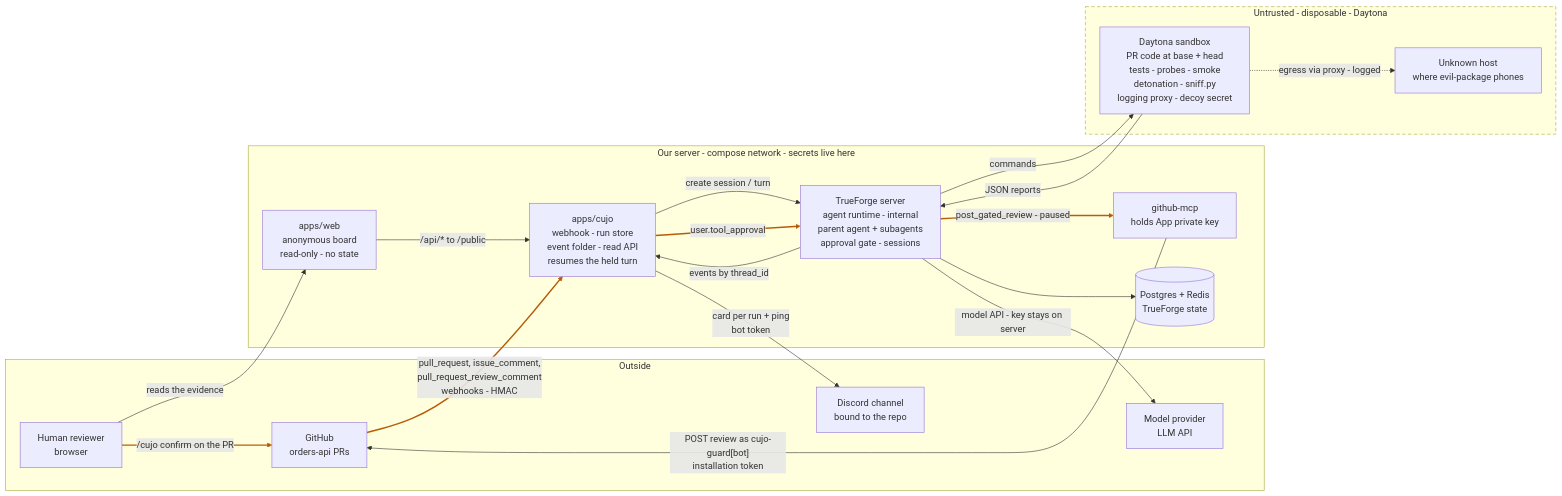
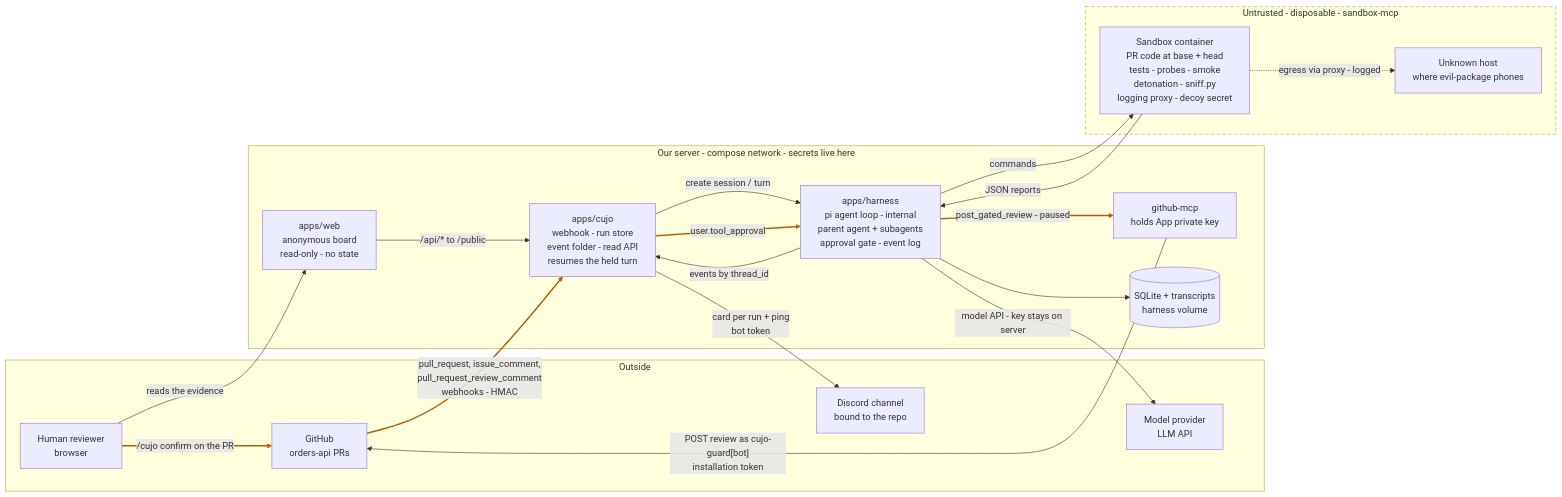
The first of 2 diagrams in docs/architecture.md (spencerjireh/cujo), drawn with Mermaid before and after one commit. The commit also changed other lines of this file and 55 other files, not shown here.

````diff
--- a/docs/architecture.md
+++ b/docs/architecture.md
@@ -67,43 +67,43 @@
 ```mermaid
 flowchart LR
   subgraph outside [Outside]
     GH[GitHub<br/>orders-api PRs]
     Human[Human reviewer<br/>browser]
     LLM[Model provider<br/>LLM API]
     Discord[Discord channel<br/>bound to the repo]
   end
 
   subgraph server [Our server - compose network - secrets live here]
     Web[apps/web<br/>anonymous board<br/>read-only - no state]
     Cujo[apps/cujo<br/>webhook - run store<br/>event folder - read API<br/>resumes the held turn]
-    TF[TrueForge server<br/>agent runtime - internal<br/>parent agent + subagents<br/>approval gate - sessions]
+    TF[apps/harness<br/>pi agent loop - internal<br/>parent agent + subagents<br/>approval gate - event log]
     MCP[github-mcp<br/>holds App private key]
-    DB[(Postgres + Redis<br/>TrueForge state)]
+    DB[(SQLite + transcripts<br/>harness volume)]
   end
 
-  subgraph sandbox [Untrusted - disposable - Daytona]
-    SB[Daytona sandbox<br/>PR code at base + head<br/>tests - probes - smoke<br/>detonation - sniff.py<br/>logging proxy - decoy secret]
+  subgraph sandbox [Untrusted - disposable - sandbox-mcp]
+    SB[Sandbox container<br/>PR code at base + head<br/>tests - probes - smoke<br/>detonation - sniff.py<br/>logging proxy - decoy secret]
     Canary[Unknown host<br/>where evil-package phones]
   end
 
   GH -- "pull_request, issue_comment,<br/>pull_request_review_comment<br/>webhooks - HMAC" --> Cujo
   MCP -- "POST review as cujo-guard[bot]<br/>installation token" --> GH
   Human -- "reads the evidence" --> Web
   Web -- "/api/* to /public" --> Cujo
   Cujo -- "create session / turn" --> TF
   TF -- "events by thread_id" --> Cujo
   Cujo -- "user.tool_approval" --> TF
   TF -- "post_gated_review - paused" --> MCP
   TF -- "model API - key stays on server" --> LLM
   TF --> DB
   TF -- "commands" --> SB
   SB -- "JSON reports" --> TF
   SB -. "egress via proxy - logged" .-> Canary
   %% Appended last on purpose: linkStyle below indexes edges by declaration
   %% order, so inserting one earlier recolours the wrong arrows.
   Cujo -- "card per run + ping<br/>bot token" --> Discord
   Human -- "/cujo confirm on the PR" --> GH
 
   linkStyle 0,6,7,14 stroke:#b85c0b,stroke-width:2.5px
   style sandbox stroke-dasharray: 6 4
 ```
````
